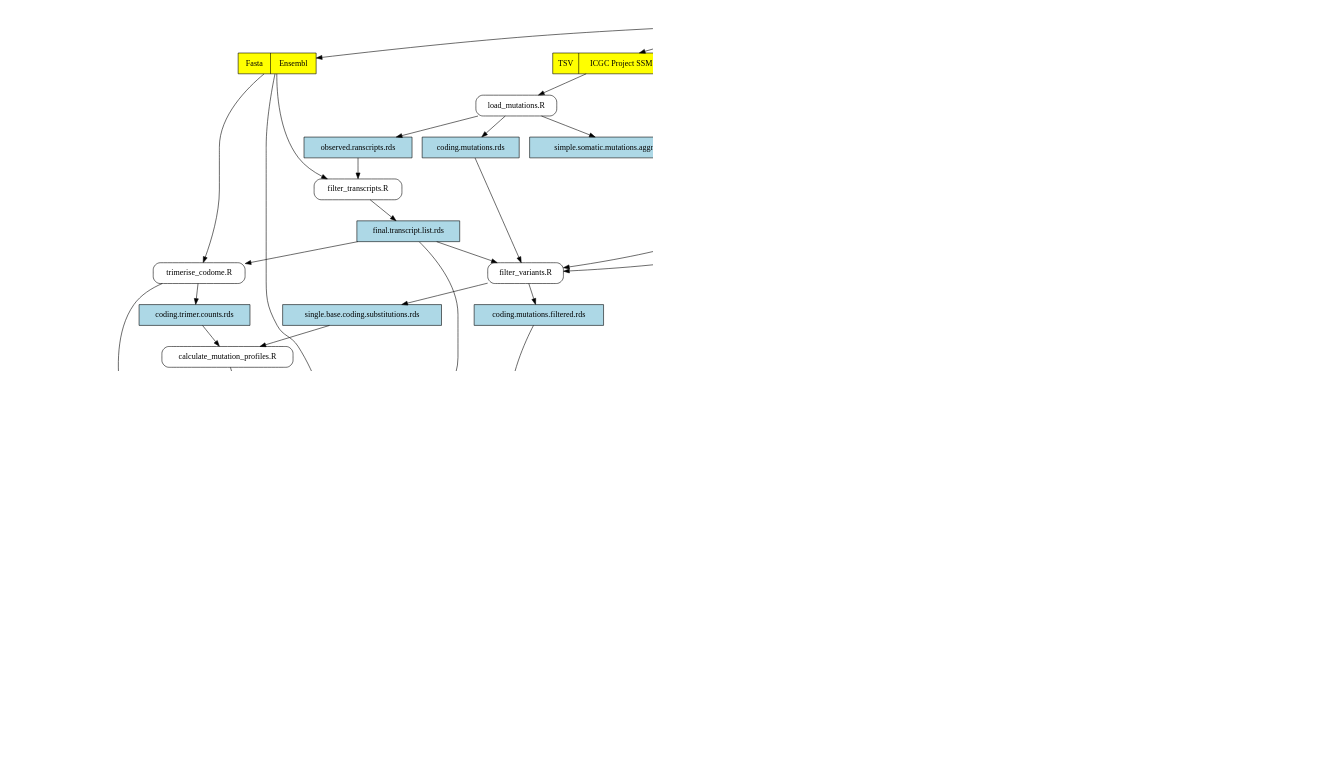
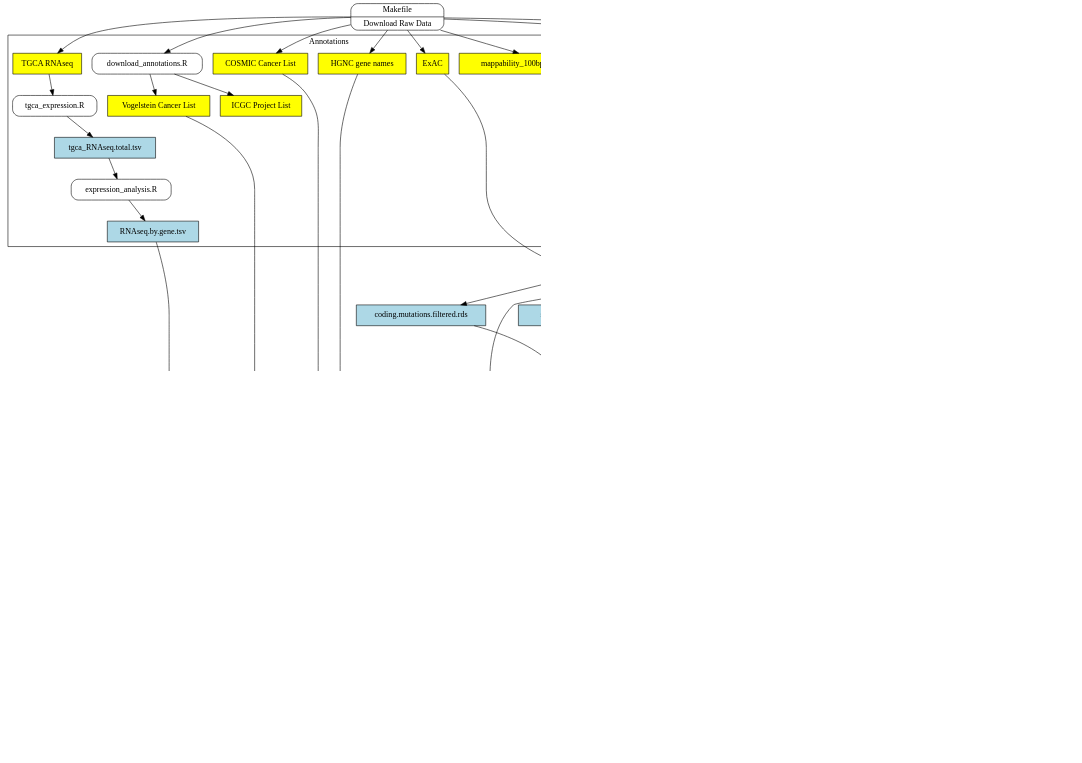
Before and after one commit to daniel-wells/somatic-selection: the diagram in data_flow_diagram.gv, drawn with Graphviz. The commit also changed 1 other file, not shown here.

Commit message:
update DFD with annotation download

```diff
--- a/data_flow_diagram.gv
+++ b/data_flow_diagram.gv
@@ -1,116 +1,119 @@
 # create on the command line by:
 # dot -Tpng data_flow_diagram.gv -o data_flow_diagram.png
 digraph dfd2{
 	graph [ dpi = 150 ]; 
         node[shape=record]
         subgraph level0{
         fasta [label="Fasta | Ensembl", style=filled, fillcolor=yellow];
         ICGCindiv [label="TSV | ICGC Project SSM", style=filled, fillcolor=yellow];
                         {rank=same; fasta,ICGCindiv}
 
         expected [label="expected_variants_per_transcript.tsv" shape=box, style=filled, fillcolor=lightblue];
         observed [label="coding.mutations.rds" shape=box, style=filled, fillcolor=lightblue];
 		filteredObserved [label="coding.mutations.filtered.rds" shape=box, style=filled, fillcolor=lightblue];
         dndsTranscript [label="dNdS_by_transcript.tsv" shape=box, style=filled, fillcolor=lightblue];
         dndsgene [label="dNdS_by_gene.tsv" shape=box, style=filled, fillcolor=green];
         graphs [label="Graphs.pdf" shape=box, style=filled, fillcolor=green];
         singleBaseCodingSubs [label="single.base.coding.substitutions.rds" shape=box, style=filled, fillcolor=lightblue];
         trimerCounts [label="coding.trimer.counts.rds" shape=box, style=filled, fillcolor=lightblue];
         motifProbs [label="motif.probabilities.rds" shape=box, style=filled, fillcolor=lightblue];
         aggMut [label="simple.somatic.mutations.aggregated.rds" shape=box, style=filled, fillcolor=lightblue];
 		observedTranscripts [label="observed.ranscripts.rds" shape=box, style=filled, fillcolor=lightblue];
 		transcriptList [label="final.transcript.list.rds" shape=box, style=filled, fillcolor=lightblue];
 		cosmic [label="cancer_gene_census.csv" shape=box, style=filled, fillcolor=yellow];
 		hgnc [label="HGNC.tsv" shape=box, style=filled, fillcolor=yellow];
 
 
         calcExpected [label="calculate_expected_variants.R}" shape=Mrecord];
         calcdnds [label="calculate_dNdS.R}" shape=Mrecord];
         analysednds [label="analyse_dNdS.R}" shape=Mrecord];
         MakeDownload [label="{Makefile|Download Raw Data}" shape=Mrecord];
 
 		trimerise [label="{trimerise_codome.R}" shape=Mrecord];
 		load [label="{load_mutations.R}" shape=Mrecord];
         calcProfile [label="{calculate_mutation_profiles.R}" shape=Mrecord];
 		filterTranscripts [label="{filter_transcripts.R}" shape=Mrecord];
 		filterVariants [label="{filter_variants.R}" shape=Mrecord];
         }
 		
 		subgraph cluster_level3{
 	                        label ="Randomisation Control" fontsize="25";
 				randomise [label="{randomise_genome.R}" shape=Mrecord];
 				codome [label="codome.rds" shape=box, style=filled, fillcolor=lightblue];
 				randomAggregated [label="random.aggregated.tsv" shape=box, style=filled, fillcolor=lightblue];
 				pvalues [label="p.values.tsv" shape=box, style=filled, fillcolor=lightblue];
 				randomisedRaw [label="randomised raw files (multiple)" shape=box, style=filled, fillcolor=lightblue];
 				mergeRandom [label="{Makefile|Aggregate files}" shape=Mrecord];
 				calculateP [label="{calculate_pvalues.R}" shape=Mrecord];
 	        }
 
        subgraph cluster_level1{
                 	label ="Annotations" rank="max";
 				mappability [label="mappability_100bp_windows_exons.bed.gz" shape=box, style=filled, fillcolor=yellow];
         		ExAC [label="ExAC" shape=box, style=filled, fillcolor=yellow];
 	        	vogelstein [label="Vogelstein Cancer List" shape=box, style=filled, fillcolor=yellow];
+	        	ICGClist [label="ICGC Project List" shape=box, style=filled, fillcolor=yellow];
 	        	cosmic [label="COSMIC Cancer List" shape=box, style=filled, fillcolor=yellow];
 	        	hgnc [label="HGNC gene names" shape=box, style=filled, fillcolor=yellow];
 	        	rna [label="TGCA RNAseq" shape=box, style=filled, fillcolor=yellow];
+
+	        	downloadAnnotations [label="download_annotations.R}" shape=Mrecord];
 
 			rnaTotal [label="tgca_RNAseq.total.tsv" shape=box, style=filled, fillcolor=lightblue];
 			rnaGene [label="RNAseq.by.gene.tsv" shape=box, style=filled, fillcolor=lightblue];
 
 	        	expression [label="tgca_expression.R}" shape=Mrecord];
 	        	expressionAnalysis [label="expression_analysis.R}" shape=Mrecord];
 
                        # store1 [label="<f0>    |<f1> Data store one"];
                        # store2 [label="<f0>   |<f1> Data store two"];
                        # {rank=same; store1, store2}
 
         }
 
 	subgraph cluster_level2{
                         label ="Key" fontsize="25" rank="min";
         raw [label="Raw Data" shape=box, style=filled, fillcolor=yellow];
 		data [label="Intermediate Data" shape=box, style=filled, fillcolor=lightblue];
 	    results [label="Result" shape=box, style=filled, fillcolor=green];
 	    script [label="Script" shape=Mrecord];
         }
 
 	# Download Data
-	MakeDownload -> {fasta, ICGCindiv, ExAC, vogelstein, rna, mappability, cosmic, hgnc}
-	
+	MakeDownload -> {fasta, ICGCindiv, ExAC, rna, mappability, cosmic, hgnc}
+	MakeDownload -> downloadAnnotations -> {vogelstein, ICGClist}
 	# Load mutations
 	ICGCindiv -> load -> {observed,aggMut,observedTranscripts}
 	
 	# Calculate substitution 'matrix'
 	{singleBaseCodingSubs,trimerCounts} -> calcProfile -> motifProbs
 	
 	# Calculate expected ratio of N:S
 	{fasta,motifProbs,transcriptList} -> calcExpected -> expected
 	
 	{expected,filteredObserved} -> calcdnds -> dndsTranscript -> analysednds -> {graphs dndsgene}
 	
 	# Ensembl Fasta
 	{fasta,transcriptList} -> trimerise -> {codome,trimerCounts}
 	
 	# Filter transcripts
 	{fasta,observedTranscripts} -> filterTranscripts -> transcriptList
 	
 	# Filter variants
 	{mappability,transcriptList,observed,ExAC} -> filterVariants -> {singleBaseCodingSubs,filteredObserved}
 	
 	# Create random genomes and calculate Pvalues
 	{codome,motifProbs} -> randomise -> randomisedRaw -> mergeRandom -> randomAggregated -> calculateP -> pvalues -> analysednds
 		dndsTranscript -> calculateP
 
 	# RNA Expression
 	rna -> expression -> rnaTotal -> expressionAnalysis -> rnaGene
 
 	# Add annotations
 	{vogelstein,cosmic,hgnc,rnaGene} -> analysednds
 
 	# Key
 #	raw -> script -> data -> results [style=invis]
 	 calcdnds -> script  [style=invis, minlen=2]
 
 }
```
